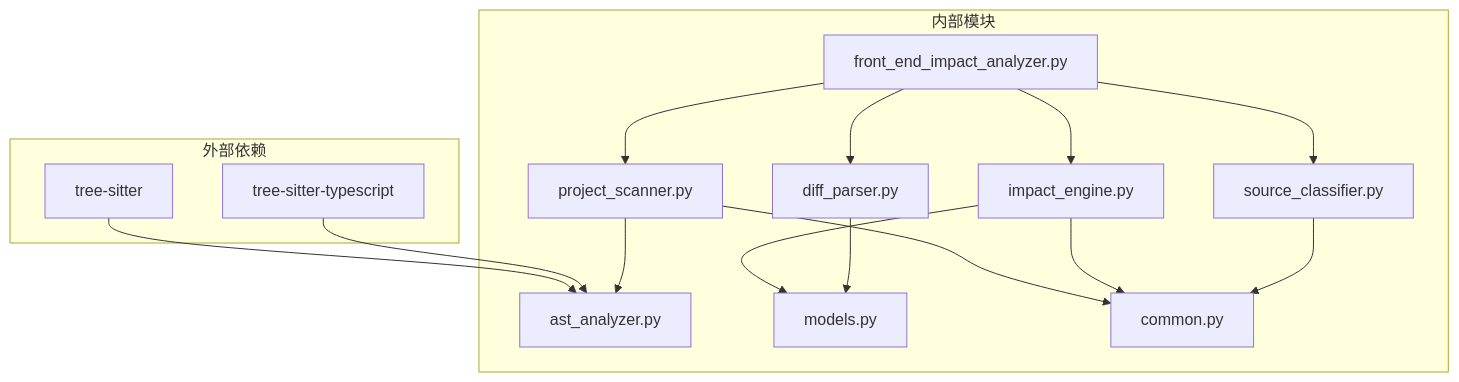
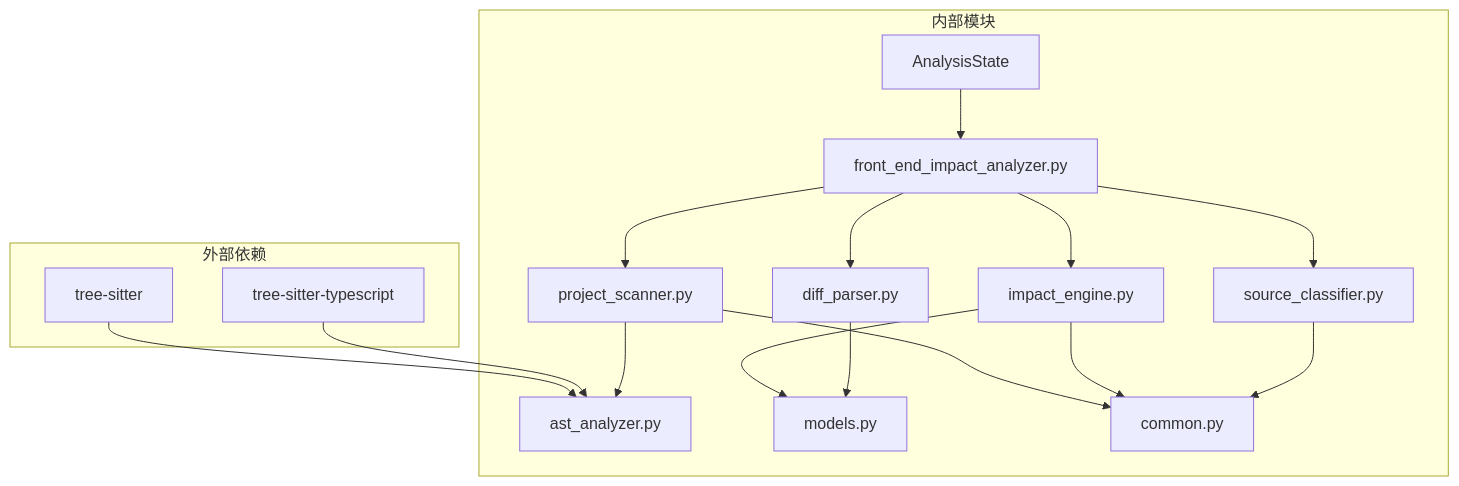
Before and after one commit to brand-new-remo/frontend-impact-analyzer: the seventh of 7 diagrams in .qoder/repowiki/zh/content/技术架构/核心组件设计/影响分析器.md, drawn with Mermaid. The commit also changed other lines of this file and 9 other files, not shown here.

````diff
--- a/.qoder/repowiki/zh/content/技术架构/核心组件设计/影响分析器.md
+++ b/.qoder/repowiki/zh/content/技术架构/核心组件设计/影响分析器.md
@@ -366,29 +410,31 @@
 ```mermaid
 graph TB
 subgraph "外部依赖"
 TS[tree-sitter]
 TST[tree-sitter-typescript]
 end
 subgraph "内部模块"
 FEI[front_end_impact_analyzer.py]
 IE[impact_engine.py]
 PS[project_scanner.py]
 DP[diff_parser.py]
 SC[source_classifier.py]
 AA[ast_analyzer.py]
 CM[models.py]
 CO[common.py]
+AS[AnalysisState]
 end
 TS --> AA
 TST --> AA
 FEI --> IE
 FEI --> PS
 FEI --> DP
 FEI --> SC
 PS --> AA
 PS --> CO
 IE --> CM
 IE --> CO
 DP --> CM
 SC --> CO
+AS --> FEI
 ```
````
